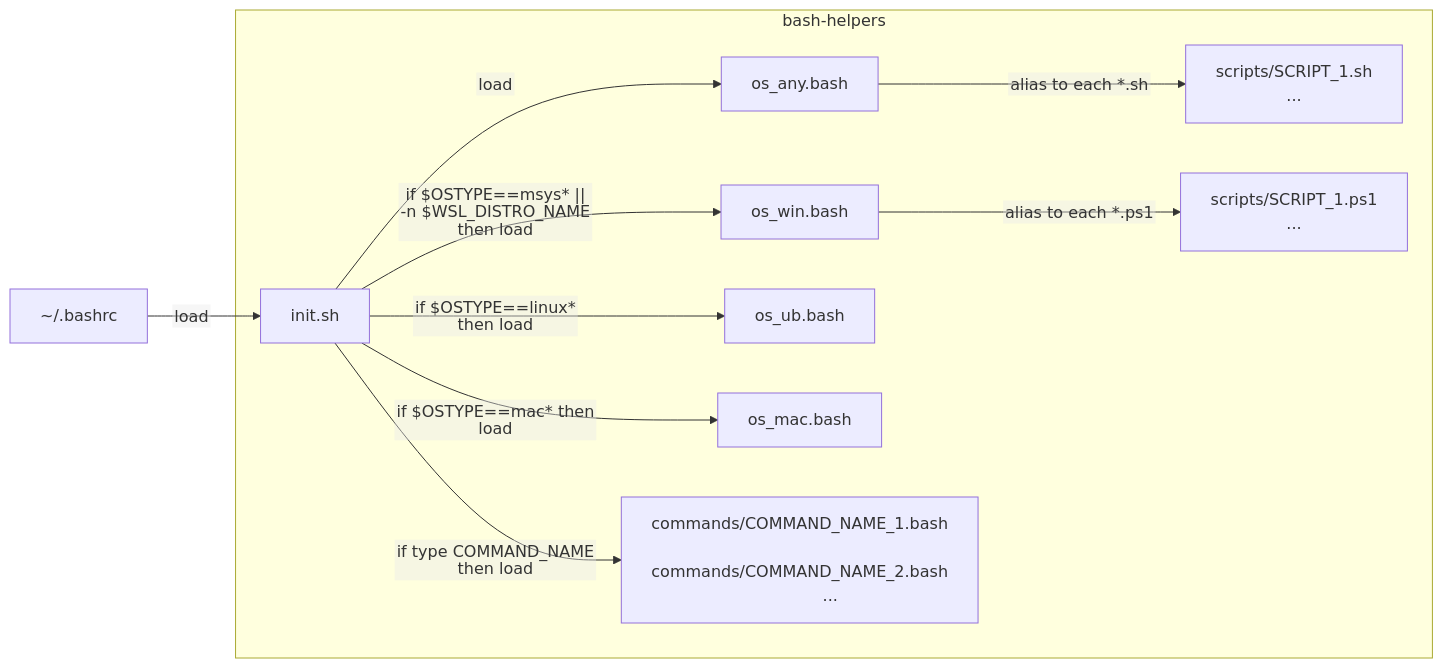
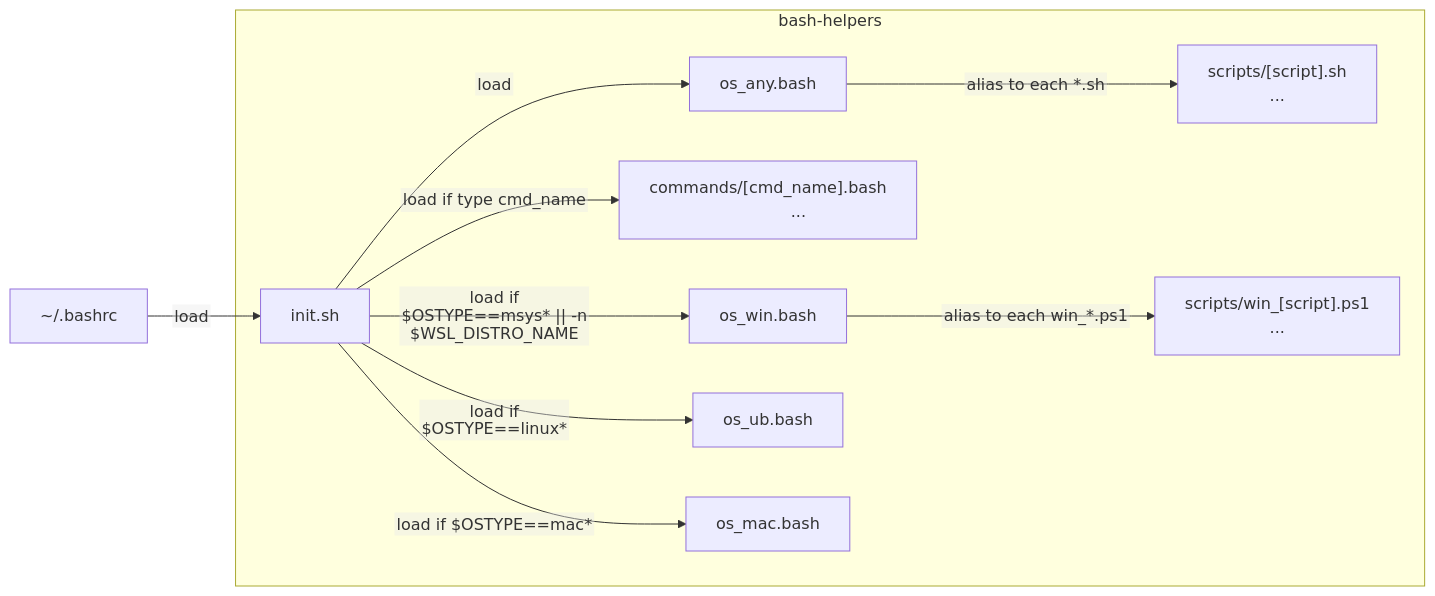
One commit to alanlivio/ps-sh-helpers changed the diagram in README.md. Above: the diagram before and after it, drawn with Mermaid. The commit also changed 1 other file, not shown here.

Commit message:
load [cmd].bash after load os_any.bash

````diff
--- a/README.md
+++ b/README.md
@@ -8,33 +8,32 @@
 ```mermaid
 %%{init: {"flowchart": {"htmlLabels": false}} }%%
 flowchart LR
     bashrc["~/.bashrc"]
     subgraph bash-helpers
         init["init.sh"]
         any["os_any.bash"]
+        command-dependent["
+            commands/[cmd_name].bash
+            ...
+        "]
         win["os_win.bash"]
         ubu["os_ub.bash"]
         mac["os_mac.bash"]
-        command-dependent["
-            commands/COMMAND_NAME_1.bash
-            commands/COMMAND_NAME_2.bash
-            ...
-        "]
         scripts_sh["
-            scripts/SCRIPT_1.sh
+            scripts/[script].sh
             ...
         "]
         scripts_ps1["
-            scripts/SCRIPT_1.ps1
+            scripts/win_[script].ps1
             ...
         "]
     end
     bashrc --> |"load"| init
     init --> |"load"| any
     any --> |"alias to each *.sh"| scripts_sh
-    win --> |"alias to each *.ps1"| scripts_ps1
-    init --> |"if $OSTYPE==msys* || -n $WSL_DISTRO_NAME then load"| win
-    init --> |"if $OSTYPE==linux* then load"| ubu
-    init --> |"if $OSTYPE==mac* then load"| mac
-    init --> |"if type COMMAND_NAME then load"| command-dependent
+    win --> |"alias to each win_*.ps1"| scripts_ps1
+    init --> |"load if $OSTYPE==msys* || -n $WSL_DISTRO_NAME"| win
+    init --> |"load if $OSTYPE==linux*"| ubu
+    init --> |"load if $OSTYPE==mac*"| mac
+    init --> |"load if type cmd_name"| command-dependent
 ```
````
